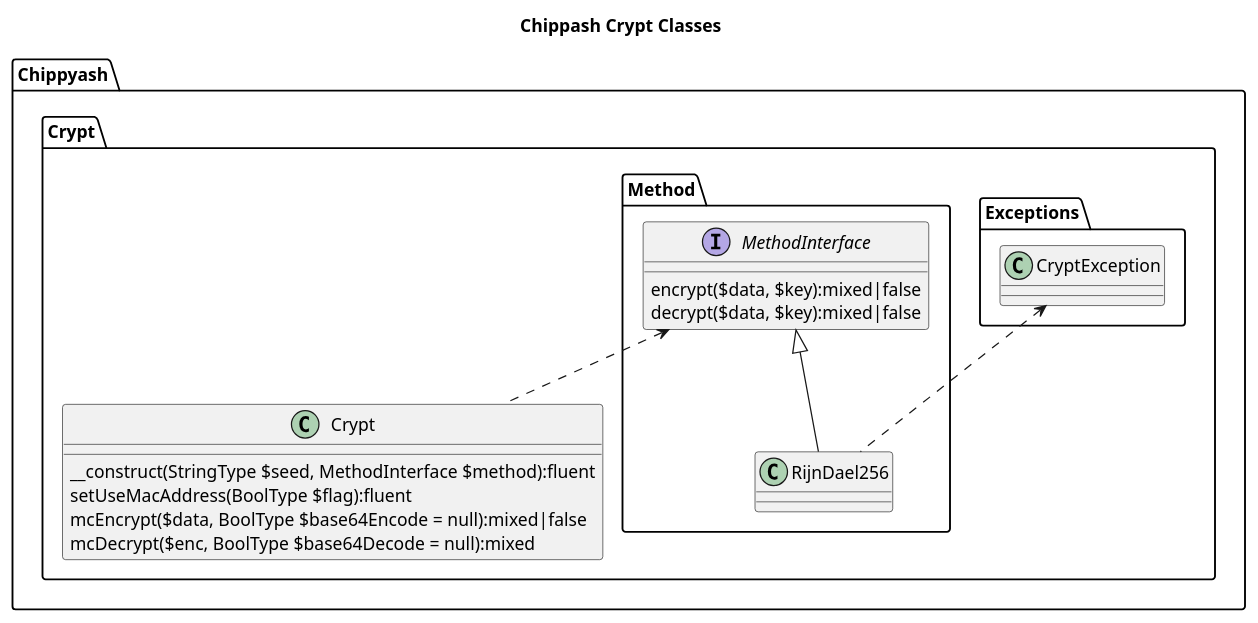
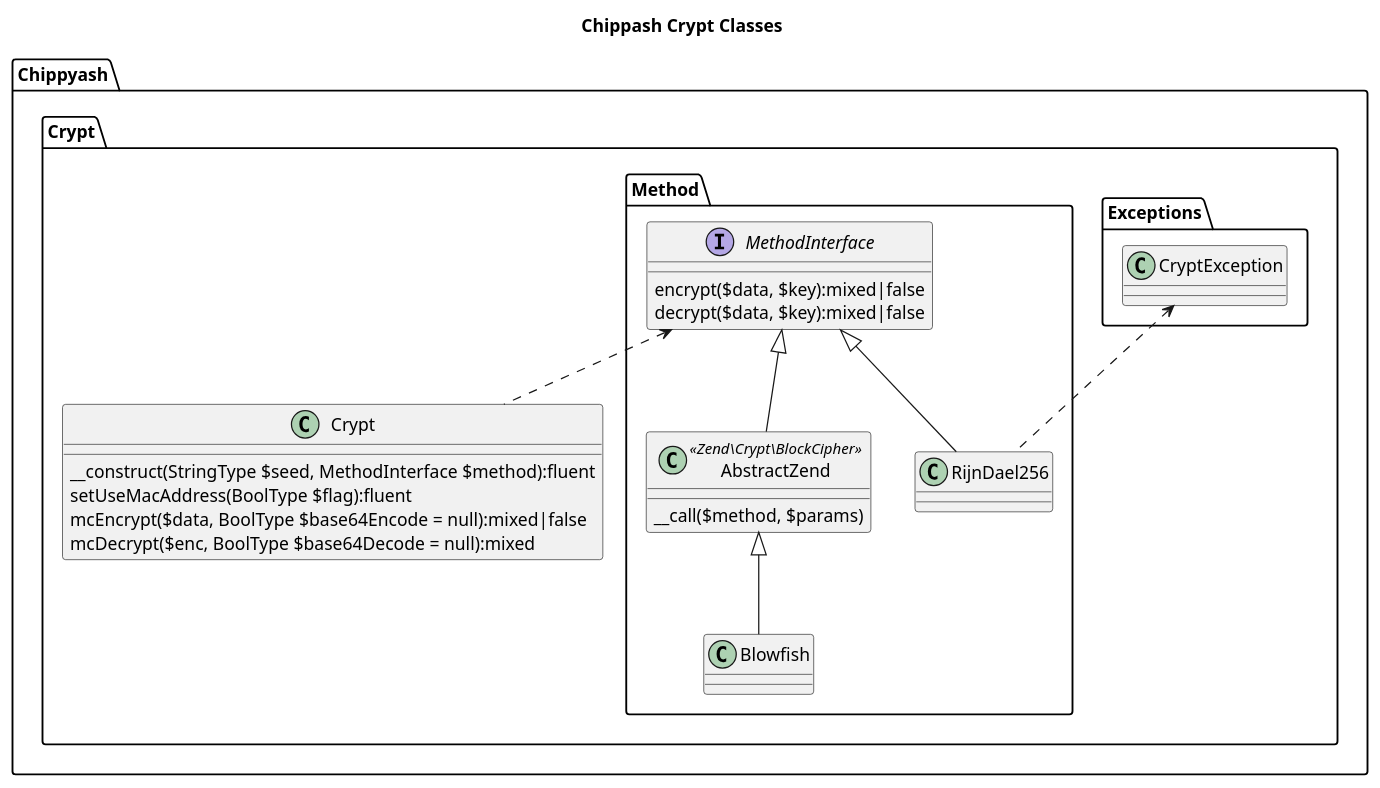
Before and after one commit to abington/Crypt: the diagram in docs/crypt-classes.puml, drawn with PlantUML. The commit also changed 1 other file, not shown here.

Commit message:
update uml

```diff
--- a/docs/crypt-classes.puml
+++ b/docs/crypt-classes.puml
@@ -1,30 +1,36 @@
 @startuml
 title Chippash Crypt Classes
 namespace Chippyash {
 
     namespace Crypt {
 
         namespace Exceptions {
             class CryptException
         }
 
         namespace Method {
             interface MethodInterface {
                 encrypt($data, $key):mixed|false
                 decrypt($data, $key):mixed|false
             }
             class RijnDael256
+            class AbstractZend<<Zend\Crypt\BlockCipher>> {
+                __call($method, $params)
+            }
+            class Blowfish
         }
 
         class Crypt {
             __construct(StringType $seed, MethodInterface $method):fluent
             setUseMacAddress(BoolType $flag):fluent
             mcEncrypt($data, BoolType $base64Encode = null):mixed|false
             mcDecrypt($enc, BoolType $base64Decode = null):mixed
         }
     }
 }
 Chippyash.Crypt.Method.MethodInterface <|-- Chippyash.Crypt.Method.RijnDael256
+Chippyash.Crypt.Method.MethodInterface <|-- Chippyash.Crypt.Method.AbstractZend
+Chippyash.Crypt.Method.AbstractZend <|-- Chippyash.Crypt.Method.Blowfish
 Chippyash.Crypt.Exceptions.CryptException <.. Chippyash.Crypt.Method.RijnDael256
 Chippyash.Crypt.Method.MethodInterface <.. Chippyash.Crypt.Crypt
 @enduml
```
